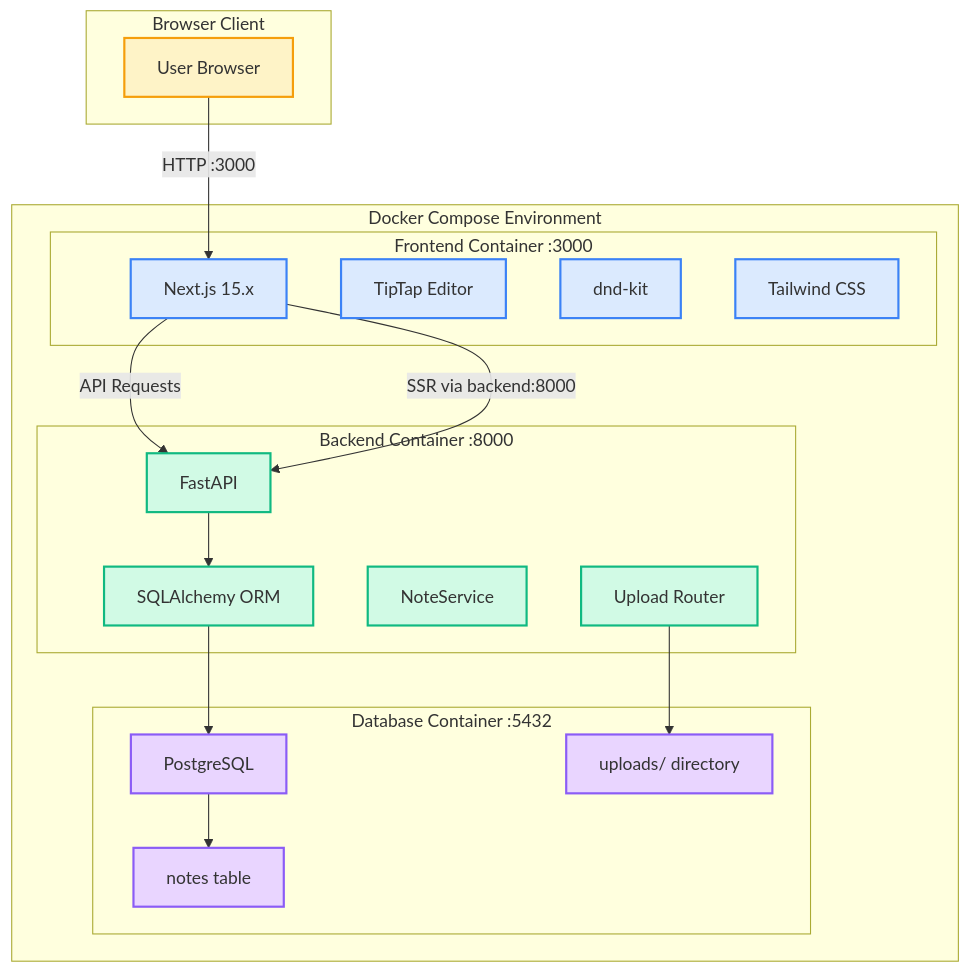
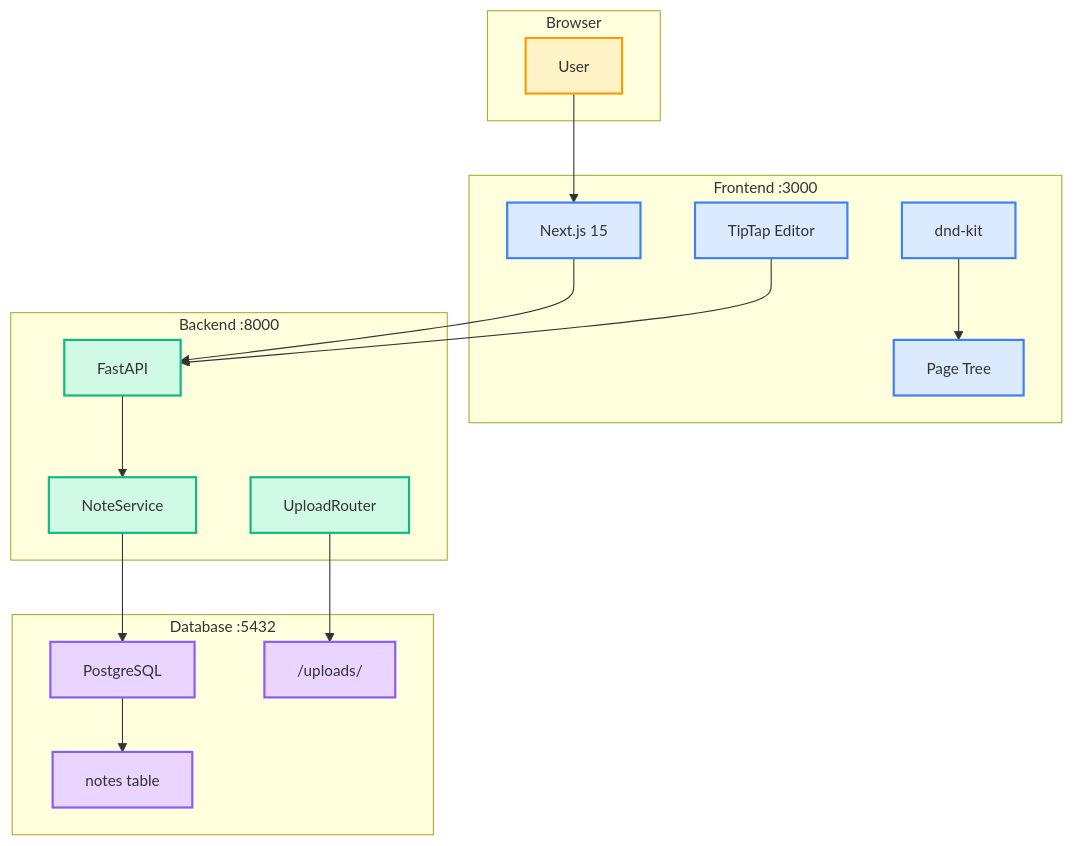
One commit to adminbjkai/notes-dashboard changed the diagram in docs-by-notebooklm/generated/architecture_overview.mmd. Above: the diagram before and after it, drawn with Mermaid. The commit also changed 8 other files, not shown here.

Commit message:
docs(visuals): upgrade mermaid diagrams, add one-pager and export script

```diff
--- a/docs-by-notebooklm/generated/architecture_overview.mmd
+++ b/docs-by-notebooklm/generated/architecture_overview.mmd
@@ -1,49 +1,43 @@
-%%{init: {'theme': 'default'}}%%
+%%{init: {'theme': 'default', 'themeVariables': {'fontSize': '14px'}}}%%
 flowchart TB
-    subgraph Docker["Docker Compose Environment"]
-        subgraph Frontend["Frontend Container :3000"]
-            NextJS["Next.js 15.x"]
-            TipTap["TipTap Editor"]
-            DndKit["dnd-kit"]
-            Tailwind["Tailwind CSS"]
-        end
-
-        subgraph Backend["Backend Container :8000"]
-            FastAPI["FastAPI"]
-            SQLAlchemy["SQLAlchemy ORM"]
-            NoteService["NoteService"]
-            UploadRouter["Upload Router"]
-        end
-
-        subgraph Database["Database Container :5432"]
-            PostgreSQL["PostgreSQL"]
-            NotesTable["notes table"]
-            UploadsDir["uploads/ directory"]
-        end
+    subgraph Client["Browser"]
+        Browser["User"]
     end
 
-    subgraph Client["Browser Client"]
-        Browser["User Browser"]
+    subgraph Frontend["Frontend :3000"]
+        Next["Next.js 15"]
+        Editor["TipTap Editor"]
+        DnD["dnd-kit"]
+        Sidebar["Page Tree"]
     end
 
-    Browser -->|"HTTP :3000"| NextJS
-    NextJS -->|"API Requests"| FastAPI
-    NextJS -->|"SSR via backend:8000"| FastAPI
-    FastAPI --> SQLAlchemy
-    SQLAlchemy --> PostgreSQL
-    PostgreSQL --> NotesTable
-    UploadRouter --> UploadsDir
+    subgraph Backend["Backend :8000"]
+        API["FastAPI"]
+        Service["NoteService"]
+        Upload["UploadRouter"]
+    end
 
-    %% Source: CONSTITUTION.md Section 3.1
-    %% Browser Access: localhost:8000
-    %% Server Access: backend:8000
+    subgraph Data["Database :5432"]
+        PG["PostgreSQL"]
+        Notes["notes table"]
+        Files["/uploads/"]
+    end
 
+    Browser --> Next
+    Next --> API
+    Editor --> API
+    DnD --> Sidebar
+    API --> Service
+    Service --> PG
+    PG --> Notes
+    Upload --> Files
+
+    classDef client fill:#FEF3C7,stroke:#F59E0B,stroke-width:2px
     classDef frontend fill:#DBEAFE,stroke:#3B82F6,stroke-width:2px
     classDef backend fill:#D1FAE5,stroke:#10B981,stroke-width:2px
-    classDef database fill:#E9D5FF,stroke:#8B5CF6,stroke-width:2px
-    classDef client fill:#FEF3C7,stroke:#F59E0B,stroke-width:2px
+    classDef data fill:#E9D5FF,stroke:#8B5CF6,stroke-width:2px
 
-    class NextJS,TipTap,DndKit,Tailwind frontend
-    class FastAPI,SQLAlchemy,NoteService,UploadRouter backend
-    class PostgreSQL,NotesTable,UploadsDir database
     class Browser client
+    class Next,Editor,DnD,Sidebar frontend
+    class API,Service,Upload backend
+    class PG,Notes,Files data
```
